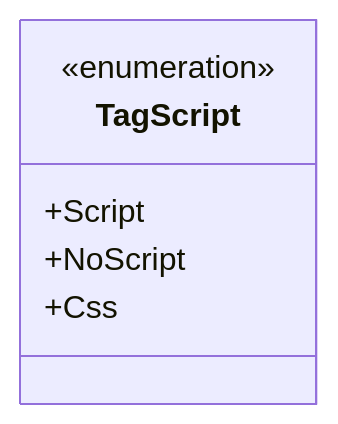
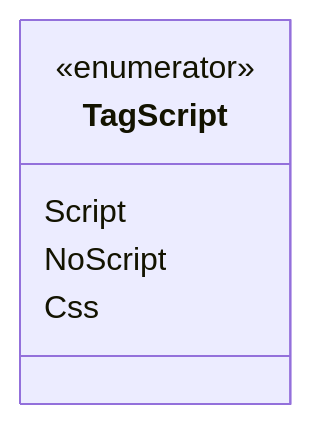
One commit to IsthmusSistemas/documentacao-tecnica changed the diagram in docs/b2b-dominio/IsthmusWinthor.Nucleo/IsthmusWinthor.Dominio/Enumeradores/TagScript.md. Above: the diagram before and after it, drawn with Mermaid. The commit also changed other lines of this file and 882 other files, not shown here.

````diff
--- a/docs/b2b-dominio/IsthmusWinthor.Nucleo/IsthmusWinthor.Dominio/Enumeradores/TagScript.md
+++ b/docs/b2b-dominio/IsthmusWinthor.Nucleo/IsthmusWinthor.Dominio/Enumeradores/TagScript.md
@@ -13,9 +20,9 @@
 ```mermaid
 classDiagram
     class TagScript {
-        <<enumeration>>
-        +Script
-        +NoScript
-        +Css
+        <<enumerator>>
+        Script
+        NoScript
+        Css
     }
 ```
````
